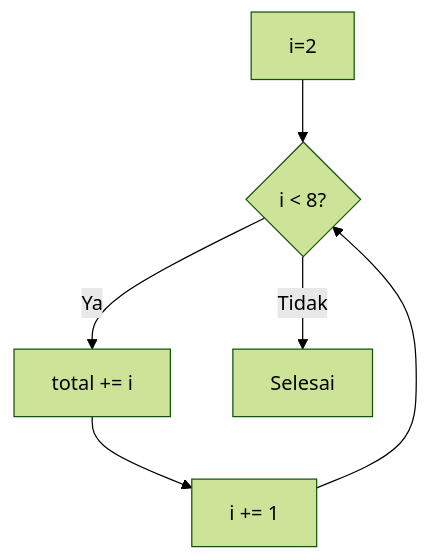
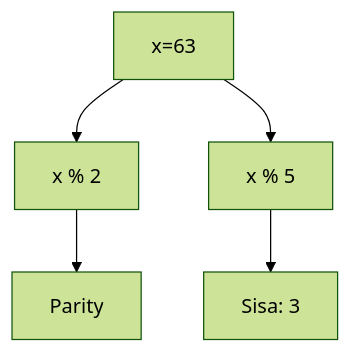
Before and after one commit to amnahwaida/OSNK_INF_PREP: the seventh of 25 diagrams in part-c-pemahaman-cpp/03-perulangan/latihan/set-06.md, drawn with Mermaid (forest theme). The commit also changed other lines of this file and 71 other files, not shown here.

````diff
--- a/part-c-pemahaman-cpp/03-perulangan/latihan/set-06.md
+++ b/part-c-pemahaman-cpp/03-perulangan/latihan/set-06.md
@@ -247,8 +201,7 @@
 ```mermaid
 graph TD
-    A[i=2] --> B{i < 8?}
-    B -- Ya --> C[total += i]
-    C --> D[i += 1]
-    D --> B
-    B -- Tidak --> E[Selesai]
+A[x=63] --> B[x % 2]
+B --> C[Parity]
+A --> D[x % 5]
+D --> E[Sisa: 3]
 ```
````
